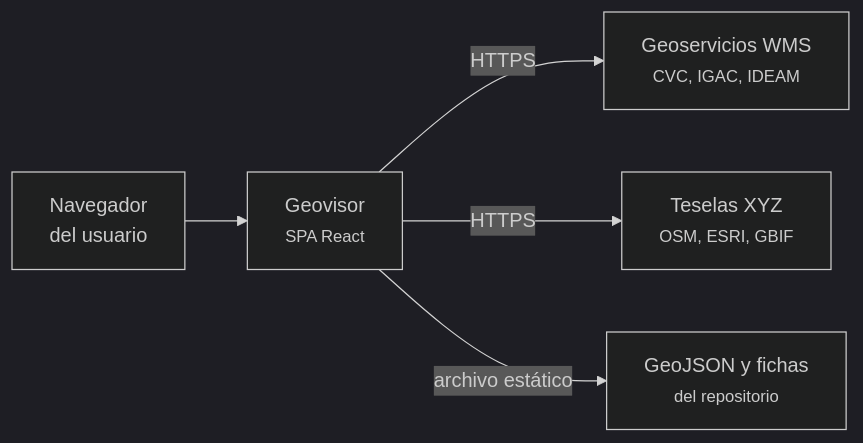
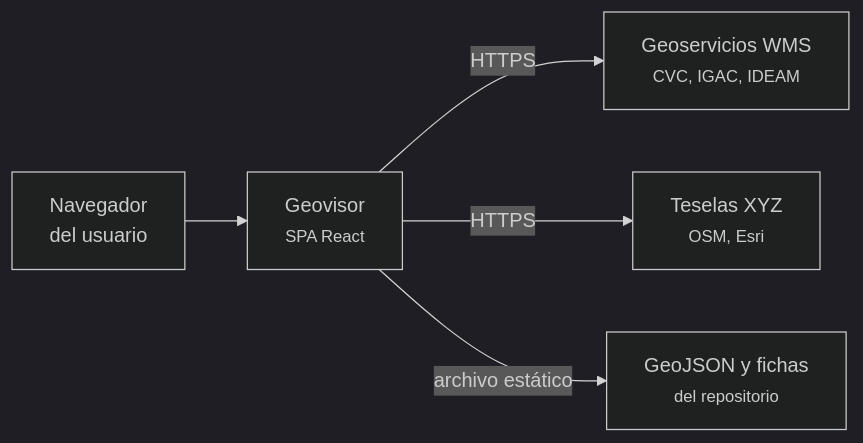
The diagram in docs/generador/mmd/mt-01.mmd (DevCristobalvc/geovisor-sevillavalle), drawn with Mermaid (dark theme) before and after one commit. The commit also changed 49 other files, not shown here.

```diff
--- a/docs/generador/mmd/mt-01.mmd
+++ b/docs/generador/mmd/mt-01.mmd
@@ -1,5 +1,5 @@
 flowchart LR
     U["Navegador<br/>del usuario"] --> A["Geovisor<br/><small>SPA React</small>"]
     A -->|"HTTPS"| W["Geoservicios WMS<br/><small>CVC, IGAC, IDEAM</small>"]
-    A -->|"HTTPS"| T["Teselas XYZ<br/><small>OSM, ESRI, GBIF</small>"]
+    A -->|"HTTPS"| T["Teselas XYZ<br/><small>OSM, Esri</small>"]
     A -->|"archivo estático"| G["GeoJSON y fichas<br/><small>del repositorio</small>"]
```
